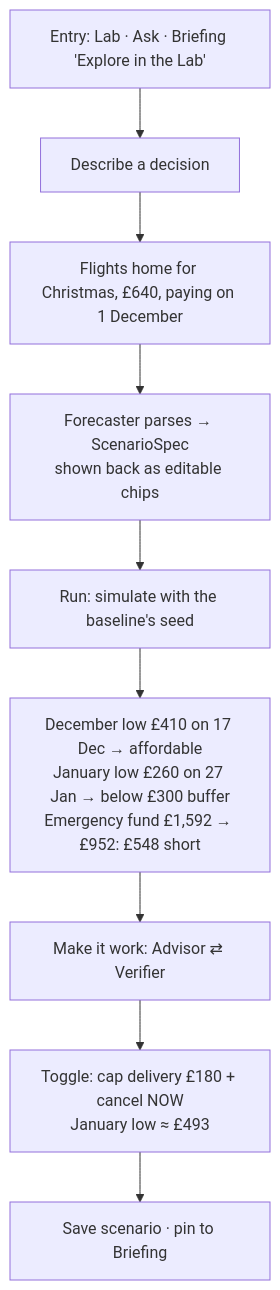
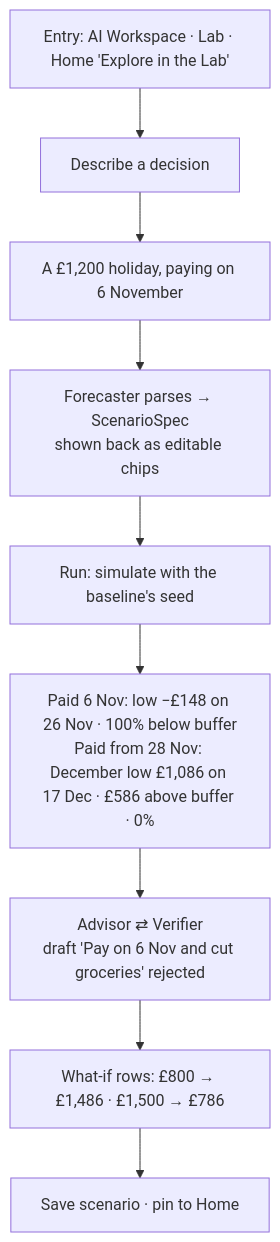
The seventh of 13 diagrams in docs/03-USER-JOURNEYS.md (olaheavy-dev/Foresight), drawn with Mermaid before and after one commit. The commit also changed other lines of this file and 122 other files, not shown here.

````diff
--- a/docs/03-USER-JOURNEYS.md
+++ b/docs/03-USER-JOURNEYS.md
@@ -238,11 +238,11 @@
 ```mermaid
 flowchart TD
-  A[Entry: Lab · Ask · Briefing 'Explore in the Lab'] --> B[Describe a decision]
-  B --> NL["Flights home for Christmas, £640, paying on 1 December"]
+  A[Entry: AI Workspace · Lab · Home 'Explore in the Lab'] --> B[Describe a decision]
+  B --> NL["A £1,200 holiday, paying on 6 November"]
   NL --> P[Forecaster parses → ScenarioSpec<br/>shown back as editable chips]
   P --> R[Run: simulate with the baseline's seed]
-  R --> CMP[December low £410 on 17 Dec → affordable<br/>January low £260 on 27 Jan → below £300 buffer<br/>Emergency fund £1,592 → £952: £548 short]
-  CMP --> MW[Make it work: Advisor ⇄ Verifier]
-  MW --> T[Toggle: cap delivery £180 + cancel NOW<br/>January low ≈ £493]
-  T --> SAVE[Save scenario · pin to Briefing]
+  R --> CMP[Paid 6 Nov: low −£148 on 26 Nov · 100% below buffer<br/>Paid from 28 Nov: December low £1,086 on 17 Dec · £586 above buffer · 0%]
+  CMP --> MW[Advisor ⇄ Verifier<br/>draft 'Pay on 6 Nov and cut groceries' rejected]
+  MW --> T[What-if rows: £800 → £1,486 · £1,500 → £786]
+  T --> SAVE[Save scenario · pin to Home]
 ```
````
